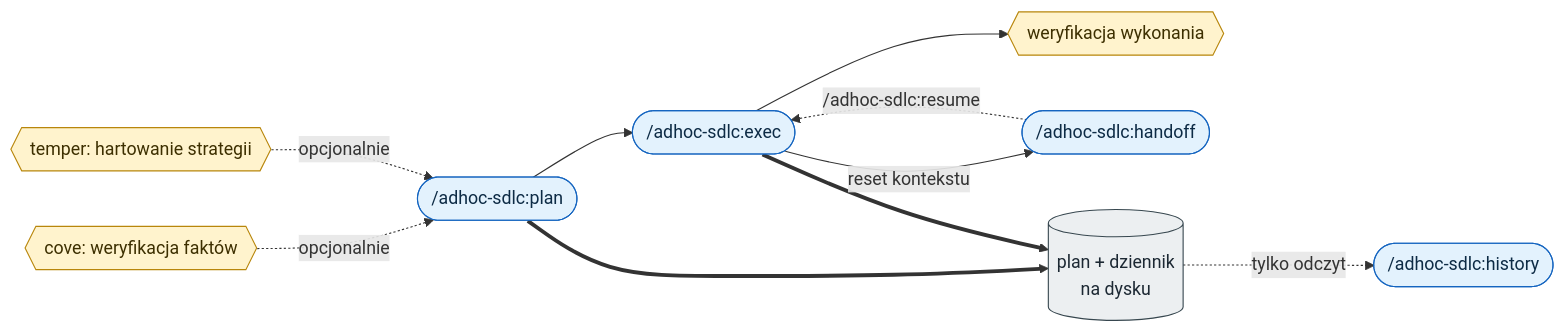
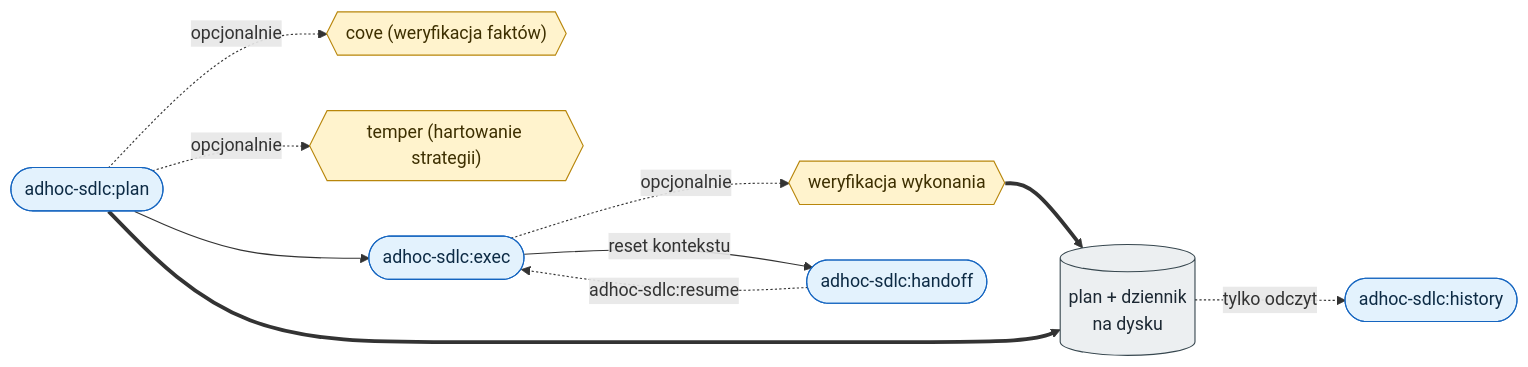
Before and after one commit to daniel-grabowski/adhoc-sdlc: the diagram in README.pl.md, drawn with Mermaid. The commit also changed 1 other file, not shown here.

Commit message:
docs: zsynchronizuj diagram workflow w README z rzeczywistym przepływem
- etykiety bez wiodącego slasha; bramki jako „nazwa (opis)"
- cove i temper jako opcjonalne bramki po planie (nie przed)
- execution cove na ścieżce exec -> dysk (po egzekucji, przed zapisem)

````diff
--- a/README.pl.md
+++ b/README.pl.md
@@ -80,19 +80,19 @@
 ```mermaid
 flowchart LR
-    cove{{"cove: weryfikacja faktów"}} -.->|opcjonalnie| plan
-    temper{{"temper: hartowanie strategii"}} -.->|opcjonalnie| plan
-    plan(["/adhoc-sdlc:plan"]) --> exec(["/adhoc-sdlc:exec"])
-    exec --> ecove{{"weryfikacja wykonania"}}
-    exec -->|reset kontekstu| handoff(["/adhoc-sdlc:handoff"])
-    handoff -.->|"/adhoc-sdlc:resume"| exec
-    plan ==> disk[("plan + dziennik<br/>na dysku")]
-    exec ==> disk
-    disk -.->|tylko odczyt| history(["/adhoc-sdlc:history"])
+    plan(["adhoc-sdlc:plan"]) -.->|opcjonalnie| cove{{"cove (weryfikacja faktów)"}}
+    plan -.->|opcjonalnie| temper{{"temper (hartowanie strategii)"}}
+    plan --> exec(["adhoc-sdlc:exec"])
+    exec -.->|opcjonalnie| ecove{{"weryfikacja wykonania"}}
+    ecove ==> disk[("plan + dziennik<br/>na dysku")]
+    exec -->|reset kontekstu| handoff(["adhoc-sdlc:handoff"])
+    handoff -.->|"adhoc-sdlc:resume"| exec
+    plan ==> disk
+    disk -.->|tylko odczyt| history(["adhoc-sdlc:history"])
 
     classDef cmd fill:#e3f2fd,stroke:#1565c0,color:#0d2b45
     classDef gate fill:#fff3cd,stroke:#b8860b,color:#3d2f00
     classDef store fill:#eceff1,stroke:#37474f,color:#1c2833
     class plan,exec,handoff,history cmd
     class cove,temper,ecove gate
     class disk store
 ```
````
